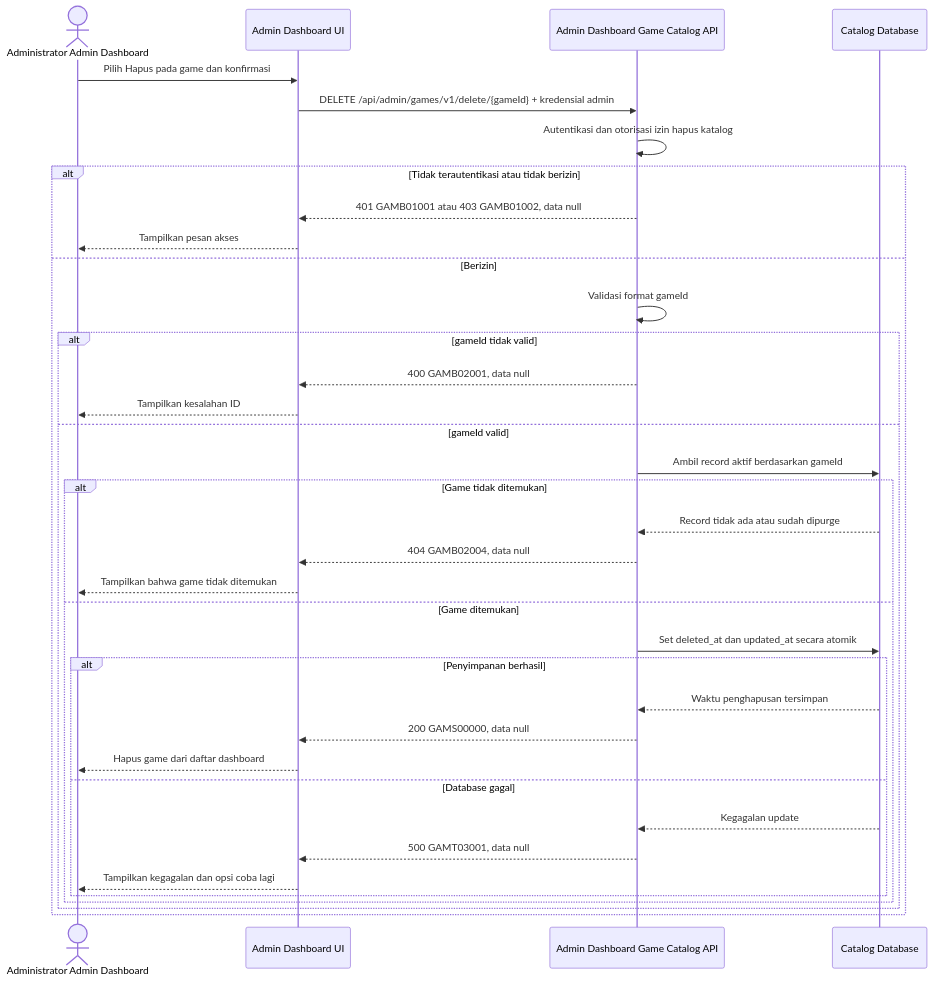
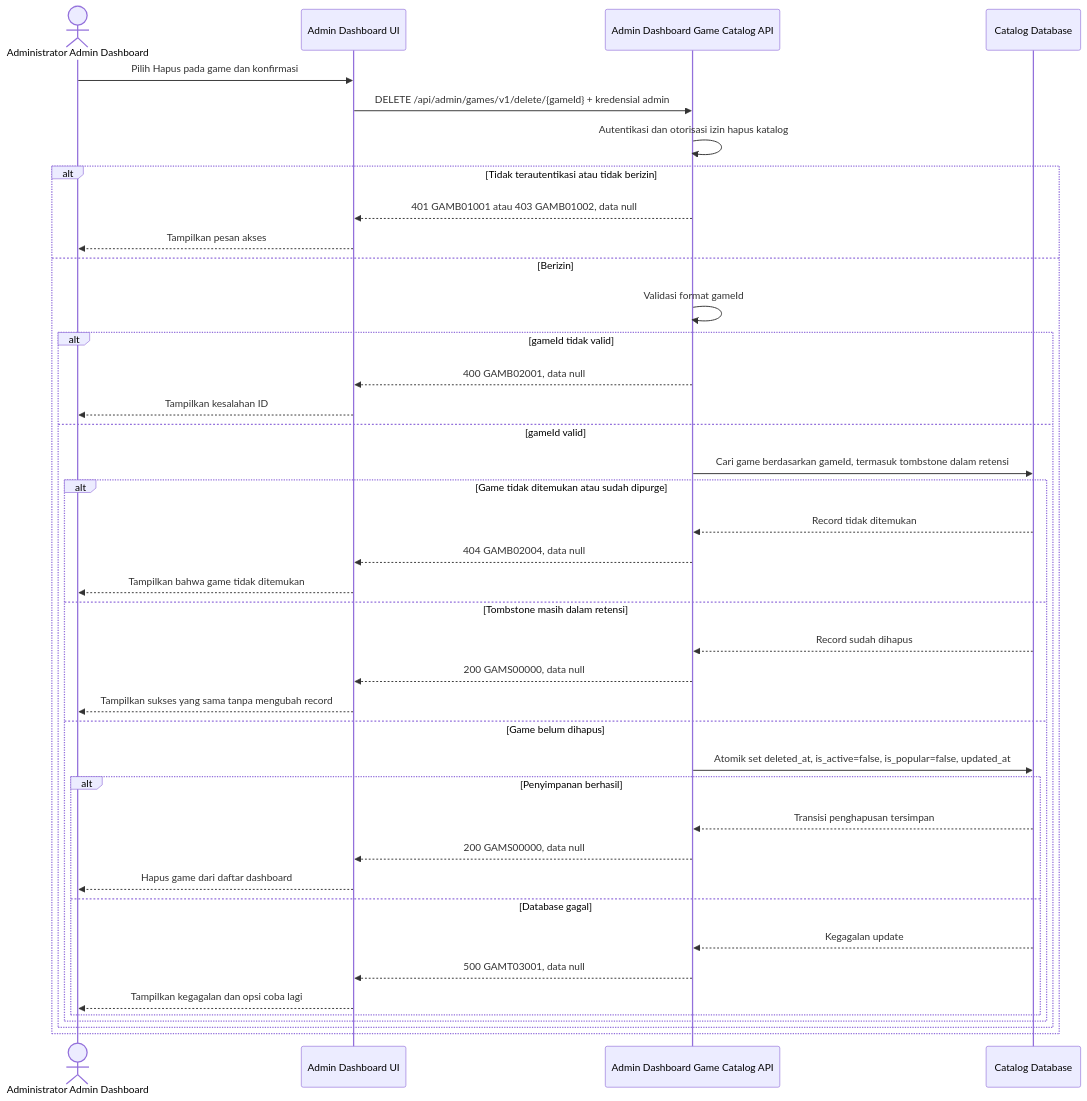
One commit to fatihmuhamadridho/docs-game-service-platform changed the diagram in sprint-1/solutioning/dashboard/games/delete-game.md. Above: the diagram before and after it, drawn with Mermaid. The commit also changed other lines of this file and 24 other files, not shown here.

First line of the commit message:
feat: define sprint 1 admin and game contracts

````diff
--- a/sprint-1/solutioning/dashboard/games/delete-game.md
+++ b/sprint-1/solutioning/dashboard/games/delete-game.md
@@ -14,38 +14,42 @@
 ```mermaid
 sequenceDiagram
     actor Admin as Administrator Admin Dashboard
     participant UI as Admin Dashboard UI
     participant API as Admin Dashboard Game Catalog API
     participant DB as Catalog Database
     Admin->>UI: Pilih Hapus pada game dan konfirmasi
     UI->>API: DELETE /api/admin/games/v1/delete/{gameId} + kredensial admin
     API->>API: Autentikasi dan otorisasi izin hapus katalog
     alt Tidak terautentikasi atau tidak berizin
         API-->>UI: 401 GAMB01001 atau 403 GAMB01002, data null
         UI-->>Admin: Tampilkan pesan akses
     else Berizin
         API->>API: Validasi format gameId
         alt gameId tidak valid
             API-->>UI: 400 GAMB02001, data null
             UI-->>Admin: Tampilkan kesalahan ID
         else gameId valid
-            API->>DB: Ambil record aktif berdasarkan gameId
-            alt Game tidak ditemukan
-                DB-->>API: Record tidak ada atau sudah dipurge
+            API->>DB: Cari game berdasarkan gameId, termasuk tombstone dalam retensi
+            alt Game tidak ditemukan atau sudah dipurge
+                DB-->>API: Record tidak ditemukan
                 API-->>UI: 404 GAMB02004, data null
                 UI-->>Admin: Tampilkan bahwa game tidak ditemukan
-            else Game ditemukan
-                API->>DB: Set deleted_at dan updated_at secara atomik
+            else Tombstone masih dalam retensi
+                DB-->>API: Record sudah dihapus
+                API-->>UI: 200 GAMS00000, data null
+                UI-->>Admin: Tampilkan sukses yang sama tanpa mengubah record
+            else Game belum dihapus
+                API->>DB: Atomik set deleted_at, is_active=false, is_popular=false, updated_at
                 alt Penyimpanan berhasil
-                    DB-->>API: Waktu penghapusan tersimpan
+                    DB-->>API: Transisi penghapusan tersimpan
                     API-->>UI: 200 GAMS00000, data null
                     UI-->>Admin: Hapus game dari daftar dashboard
                 else Database gagal
                     DB-->>API: Kegagalan update
                     API-->>UI: 500 GAMT03001, data null
                     UI-->>Admin: Tampilkan kegagalan dan opsi coba lagi
                 end
             end
         end
     end
 ```
````
